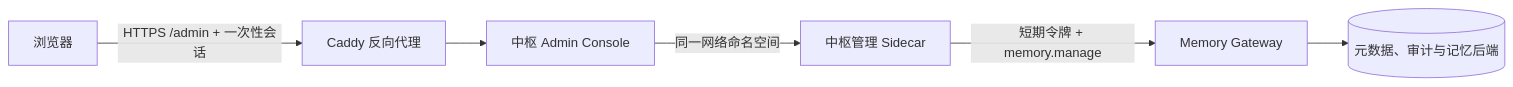
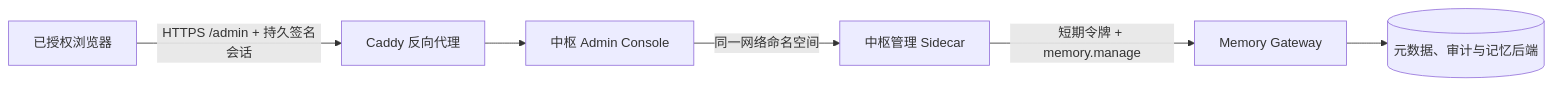
The diagram in docs/central-admin.md (Buildlee/agent-memory-gateway), drawn with Mermaid before and after one commit. The commit also changed other lines of this file and 20 other files, not shown here.

````diff
--- a/docs/central-admin.md
+++ b/docs/central-admin.md
@@ -5,8 +5,8 @@
 ```mermaid
 flowchart LR
-  B["浏览器"] -->|"HTTPS /admin + 一次性会话"| P["Caddy 反向代理"]
+  B["已授权浏览器"] -->|"HTTPS /admin + 持久签名会话"| P["Caddy 反向代理"]
   P --> C["中枢 Admin Console"]
   C -->|"同一网络命名空间"| S["中枢管理 Sidecar"]
   S -->|"短期令牌 + memory.manage"| G["Memory Gateway"]
   G --> M[("元数据、审计与记忆后端")]
 ```
````
